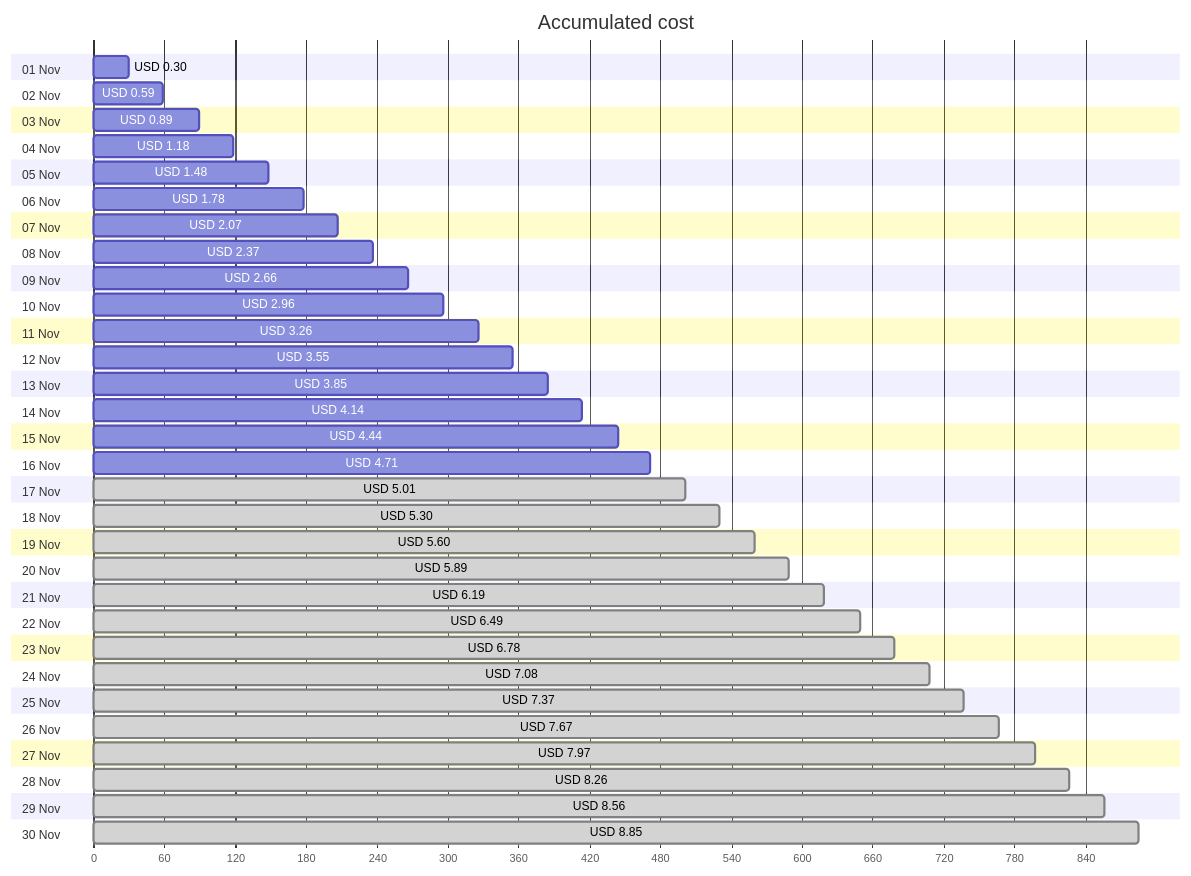
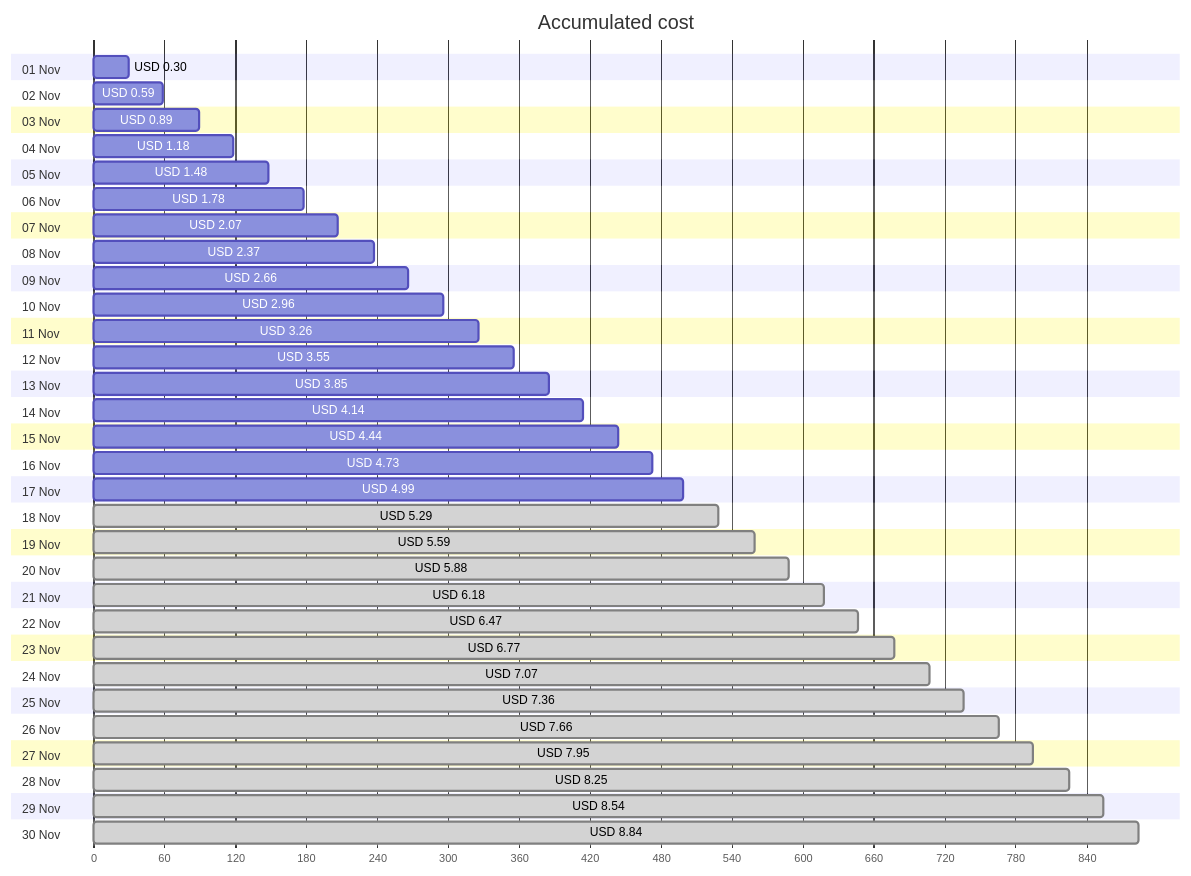
One commit to jpfulton/azure-personal-reports changed the first of 4 diagrams in cost-reports/personal-site/personal-site-preview.md. Above: the diagram before and after it, drawn with Mermaid. The commit also changed other lines of this file and 6 other files, not shown here.

````diff
--- a/cost-reports/personal-site/personal-site-preview.md
+++ b/cost-reports/personal-site/personal-site-preview.md
@@ -20,66 +20,66 @@
 ```mermaid
 gantt
    title Accumulated cost
    dateFormat  X
    axisFormat %s
    section 01 Nov
    USD 0.30 :0, 30
    section 02 Nov
    USD 0.59 :0, 59
    section 03 Nov
    USD 0.89 :0, 89
    section 04 Nov
    USD 1.18 :0, 118
    section 05 Nov
    USD 1.48 :0, 148
    section 06 Nov
    USD 1.78 :0, 178
    section 07 Nov
    USD 2.07 :0, 207
    section 08 Nov
    USD 2.37 :0, 237
    section 09 Nov
    USD 2.66 :0, 266
    section 10 Nov
    USD 2.96 :0, 296
    section 11 Nov
    USD 3.26 :0, 326
    section 12 Nov
    USD 3.55 :0, 355
    section 13 Nov
    USD 3.85 :0, 385
    section 14 Nov
    USD 4.14 :0, 414
    section 15 Nov
    USD 4.44 :0, 444
    section 16 Nov
-   USD 4.71 :0, 471
+   USD 4.73 :0, 473
    section 17 Nov
-   USD 5.01 : done, 0, 501
+   USD 4.99 :0, 499
    section 18 Nov
-   USD 5.30 : done, 0, 530
+   USD 5.29 : done, 0, 529
    section 19 Nov
-   USD 5.60 : done, 0, 560
+   USD 5.59 : done, 0, 559
    section 20 Nov
-   USD 5.89 : done, 0, 589
+   USD 5.88 : done, 0, 588
    section 21 Nov
-   USD 6.19 : done, 0, 619
+   USD 6.18 : done, 0, 618
    section 22 Nov
-   USD 6.49 : done, 0, 649
+   USD 6.47 : done, 0, 647
    section 23 Nov
-   USD 6.78 : done, 0, 678
+   USD 6.77 : done, 0, 677
    section 24 Nov
-   USD 7.08 : done, 0, 708
+   USD 7.07 : done, 0, 707
    section 25 Nov
-   USD 7.37 : done, 0, 737
+   USD 7.36 : done, 0, 736
    section 26 Nov
-   USD 7.67 : done, 0, 767
+   USD 7.66 : done, 0, 766
    section 27 Nov
-   USD 7.97 : done, 0, 797
+   USD 7.95 : done, 0, 795
    section 28 Nov
-   USD 8.26 : done, 0, 826
+   USD 8.25 : done, 0, 825
    section 29 Nov
-   USD 8.56 : done, 0, 856
+   USD 8.54 : done, 0, 854
    section 30 Nov
-   USD 8.85 : done, 0, 885
+   USD 8.84 : done, 0, 884
 ```
````
